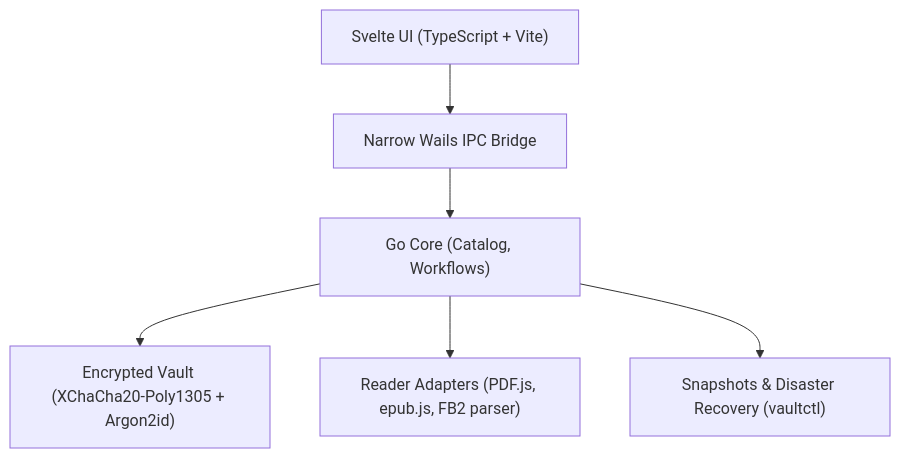
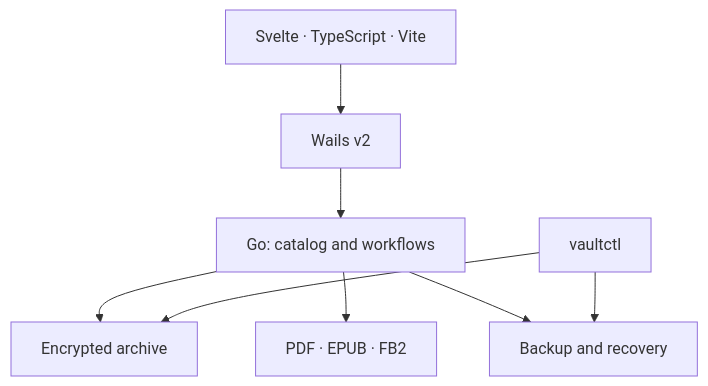
The diagram in README.md (TheSlopHead/Kolibreum), drawn with Mermaid before and after one commit. The commit also changed other lines of this file and 5 other files, not shown here.

````diff
--- a/README.md
+++ b/README.md
@@ -30,8 +32,10 @@
 ```mermaid
 flowchart TD
-    UI["Svelte UI (TypeScript + Vite)"] --> API["Narrow Wails IPC Bridge"]
-    API --> Domain["Go Core (Catalog, Workflows)"]
-    Domain --> Vault["Encrypted Vault (XChaCha20-Poly1305 + Argon2id)"]
-    Domain --> Readers["Reader Adapters (PDF.js, epub.js, FB2 parser)"]
-    Domain --> Backup["Snapshots & Disaster Recovery (vaultctl)"]
+    UI["Svelte · TypeScript · Vite"] --> Bridge["Wails v2"]
+    Bridge --> Core["Go: catalog and workflows"]
+    Core --> Vault["Encrypted archive"]
+    Core --> Readers["PDF · EPUB · FB2"]
+    Core --> Backup["Backup and recovery"]
+    CLI["vaultctl"] --> Vault
+    CLI --> Backup
 ```
````
